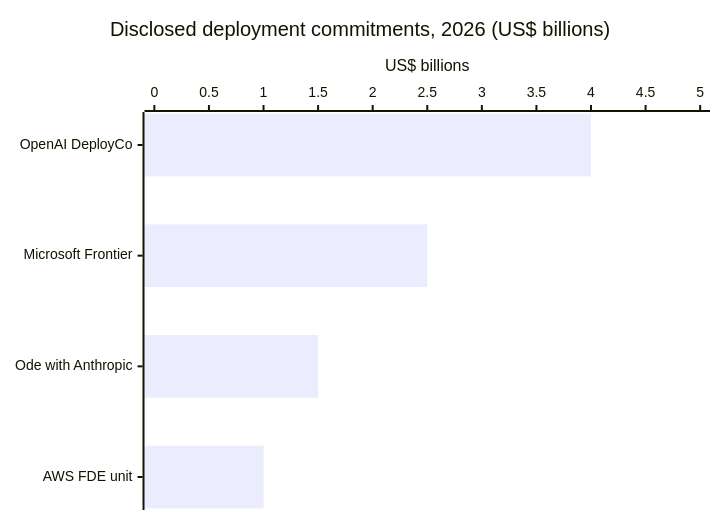
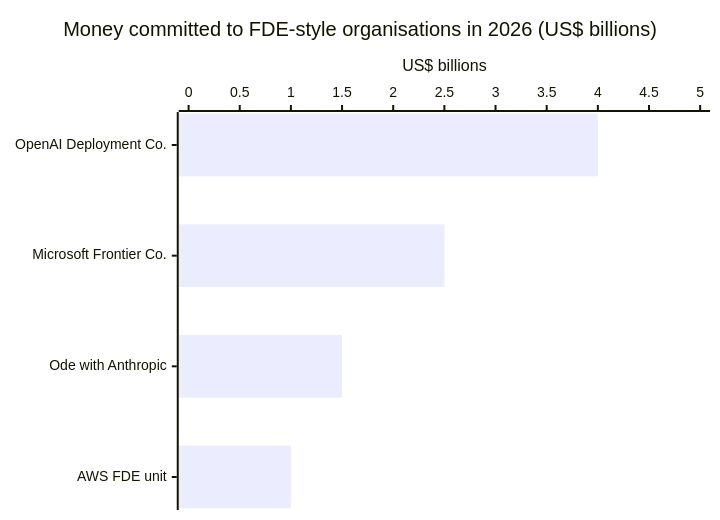
Before and after one commit to mjtpena/awesome-microsoft-fde: the fourth of 10 diagrams in README.md, drawn with Mermaid. The commit also changed other lines of this file and 5 other files, not shown here.

````diff
--- a/README.md
+++ b/README.md
@@ -114,7 +105,7 @@
 ```mermaid
 xychart-beta horizontal
-    title "Disclosed deployment commitments, 2026 (US$ billions)"
-    x-axis ["OpenAI DeployCo", "Microsoft Frontier", "Ode with Anthropic", "AWS FDE unit"]
+    title "Money committed to FDE-style organisations in 2026 (US$ billions)"
+    x-axis ["OpenAI Deployment Co.", "Microsoft Frontier Co.", "Ode with Anthropic", "AWS FDE unit"]
     y-axis "US$ billions" 0 --> 5
     bar [4.0, 2.5, 1.5, 1.0]
 ```
````
